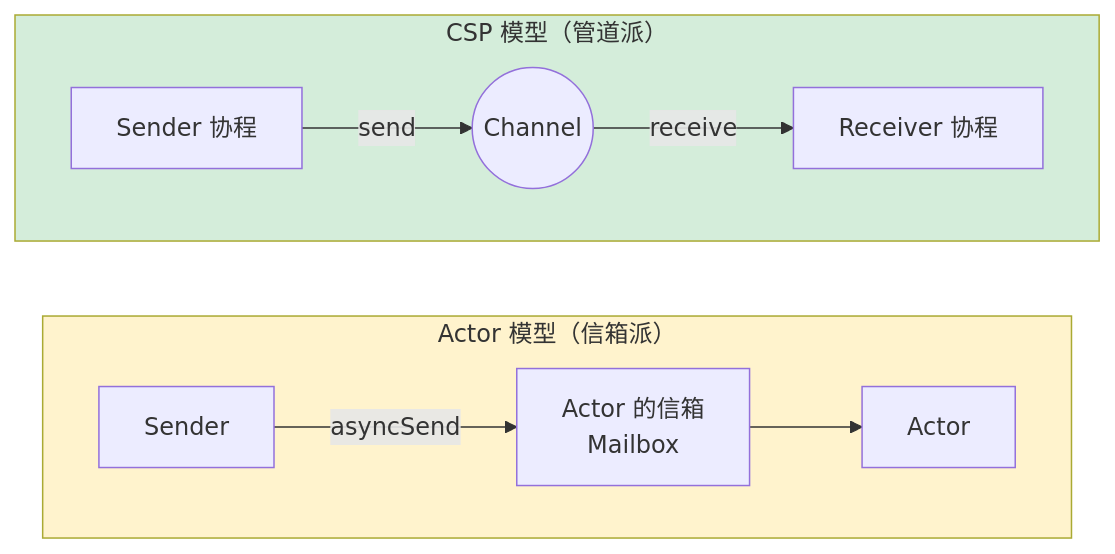
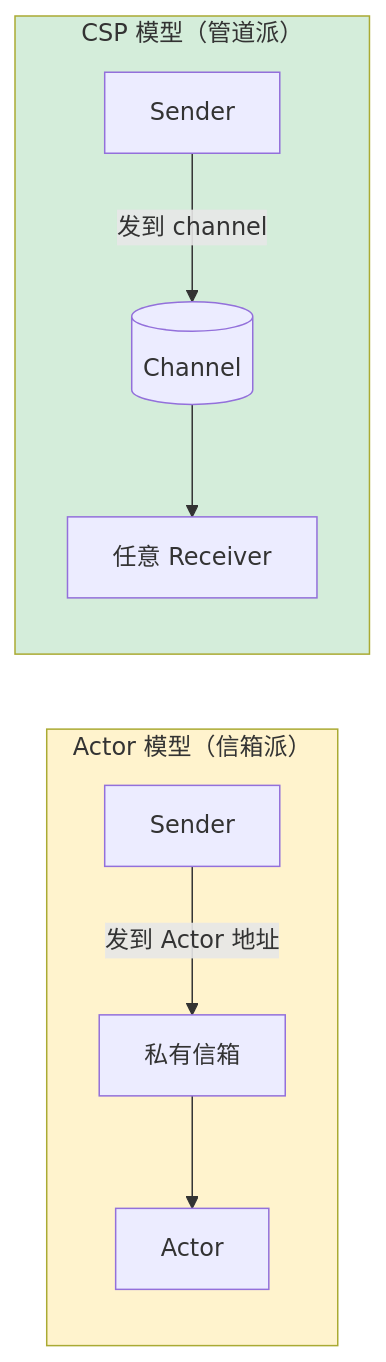
The third of 9 diagrams in 00.通用技术的提升/02.程序编程原理/03.第3卷并发之道/3.14.Actor与CSP并发模型.md (chongyang211/YCBookBlog), drawn with Mermaid before and after one commit. The commit also changed other lines of this file and 45 other files, not shown here.

````diff
--- a/00.通用技术的提升/02.程序编程原理/03.第3卷并发之道/3.14.Actor与CSP并发模型.md
+++ b/00.通用技术的提升/02.程序编程原理/03.第3卷并发之道/3.14.Actor与CSP并发模型.md
@@ -124,17 +363,17 @@
 ```mermaid
 flowchart LR
     subgraph ACTOR["Actor 模型（信箱派）"]
-        direction LR
-        S1[Sender] -->|asyncSend| MB[Actor 的信箱<br/>Mailbox]
+        direction TB
+        S1[Sender] -->|发到 Actor 地址| MB[私有信箱]
         MB --> AC[Actor]
     end
 
     subgraph CSP["CSP 模型（管道派）"]
-        direction LR
-        S2[Sender 协程] -->|send| CH((Channel))
-        CH -->|receive| R2[Receiver 协程]
+        direction TB
+        S2[Sender] -->|发到 channel| CH[(Channel)]
+        CH --> R2[任意 Receiver]
     end
 
     style ACTOR fill:#fff3cd
     style CSP fill:#d4edda
 ```
````
